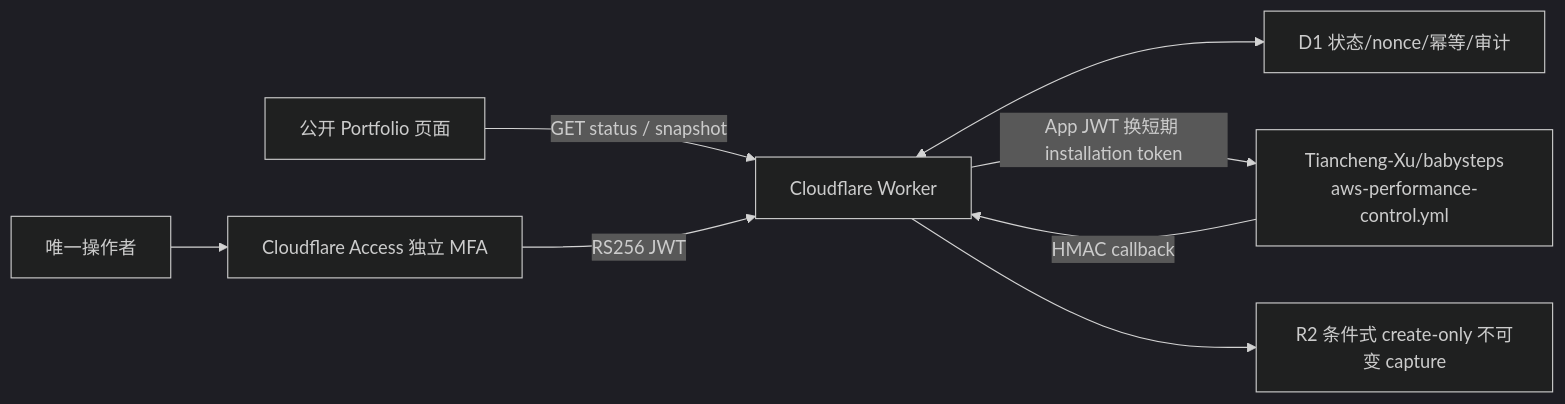
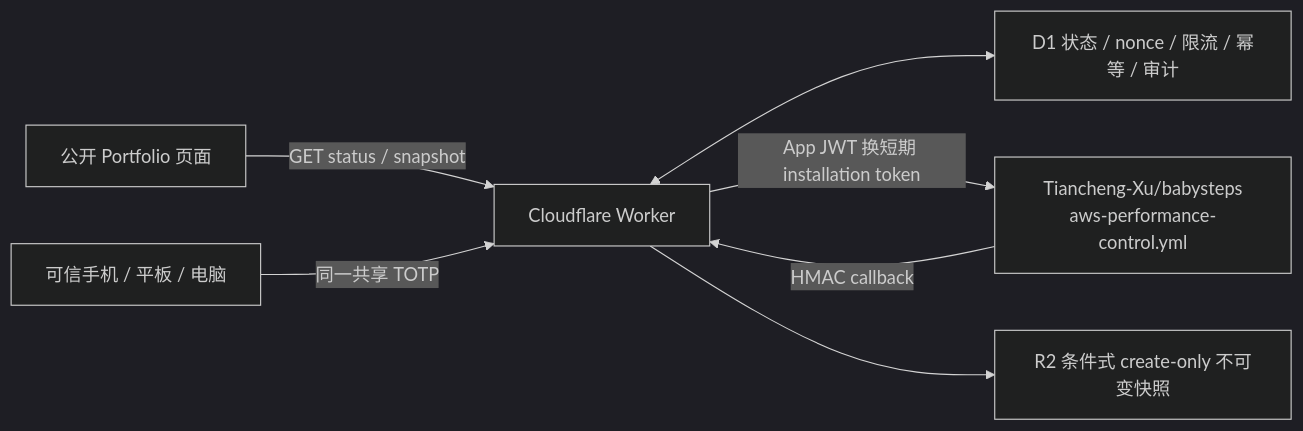
The first of 2 diagrams in docs/delivery/performance-mfa-control-evidence.md (Tiancheng-Xu/fullstack-showcase), drawn with Mermaid (dark theme) before and after one commit. The commit also changed other lines of this file and 6 other files, not shown here.

````diff
--- a/docs/delivery/performance-mfa-control-evidence.md
+++ b/docs/delivery/performance-mfa-control-evidence.md
@@ -9,10 +9,9 @@
 ```mermaid
 flowchart LR
   Public[公开 Portfolio 页面] -->|GET status / snapshot| Worker[Cloudflare Worker]
-  Operator[唯一操作者] --> Access[Cloudflare Access 独立 MFA]
-  Access -->|RS256 JWT| Worker
-  Worker <--> D1[D1 状态/nonce/幂等/审计]
+  Devices[可信手机 / 平板 / 电脑] -->|同一共享 TOTP| Worker
+  Worker <--> D1[D1 状态 / nonce / 限流 / 幂等 / 审计]
   Worker -->|App JWT 换短期 installation token| GH[Tiancheng-Xu/babysteps<br/>aws-performance-control.yml]
   GH -->|HMAC callback| Worker
-  Worker --> R2[R2 条件式 create-only 不可变 capture]
+  Worker --> R2[R2 条件式 create-only 不可变快照]
 ```
````
